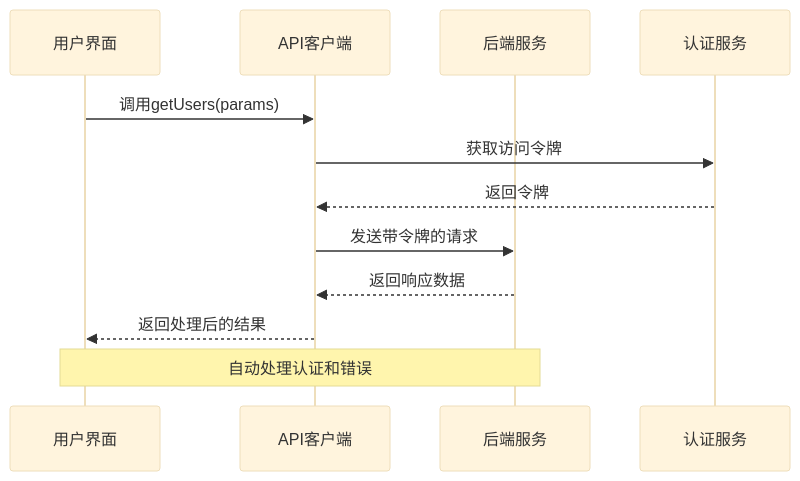
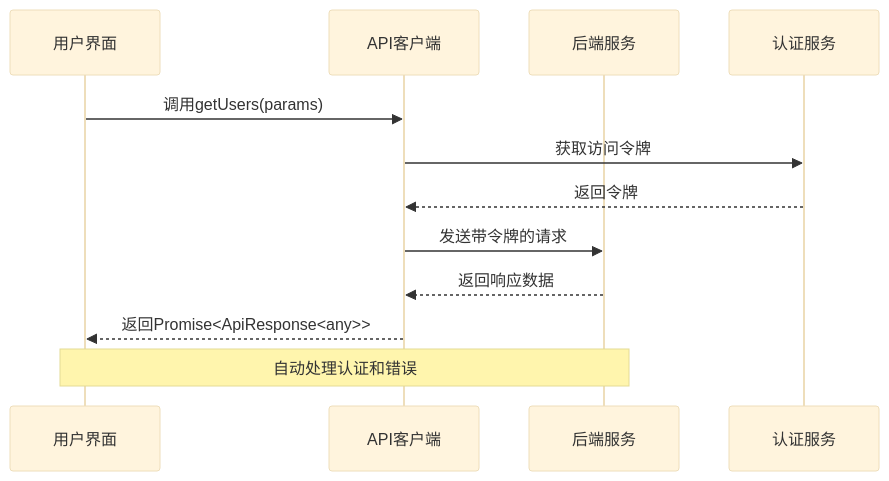
The tenth of 12 diagrams in .qoder/repowiki/zh/content/API接口文档/用户管理API.md (wyg5208/website_diy), drawn with Mermaid (base theme) before and after one commit. The commit also changed other lines of this file and 7 other files, not shown here.

````diff
--- a/.qoder/repowiki/zh/content/API接口文档/用户管理API.md
+++ b/.qoder/repowiki/zh/content/API接口文档/用户管理API.md
@@ -386,14 +405,14 @@
 ```mermaid
 sequenceDiagram
 participant UI as 用户界面
 participant API as API客户端
 participant Backend as 后端服务
 participant Auth as 认证服务
 UI->>API : 调用getUsers(params)
 API->>Auth : 获取访问令牌
 Auth-->>API : 返回令牌
 API->>Backend : 发送带令牌的请求
 Backend-->>API : 返回响应数据
-API-->>UI : 返回处理后的结果
+API-->>UI : 返回Promise<ApiResponse<any>>
 Note over UI,Backend : 自动处理认证和错误
 ```
````
